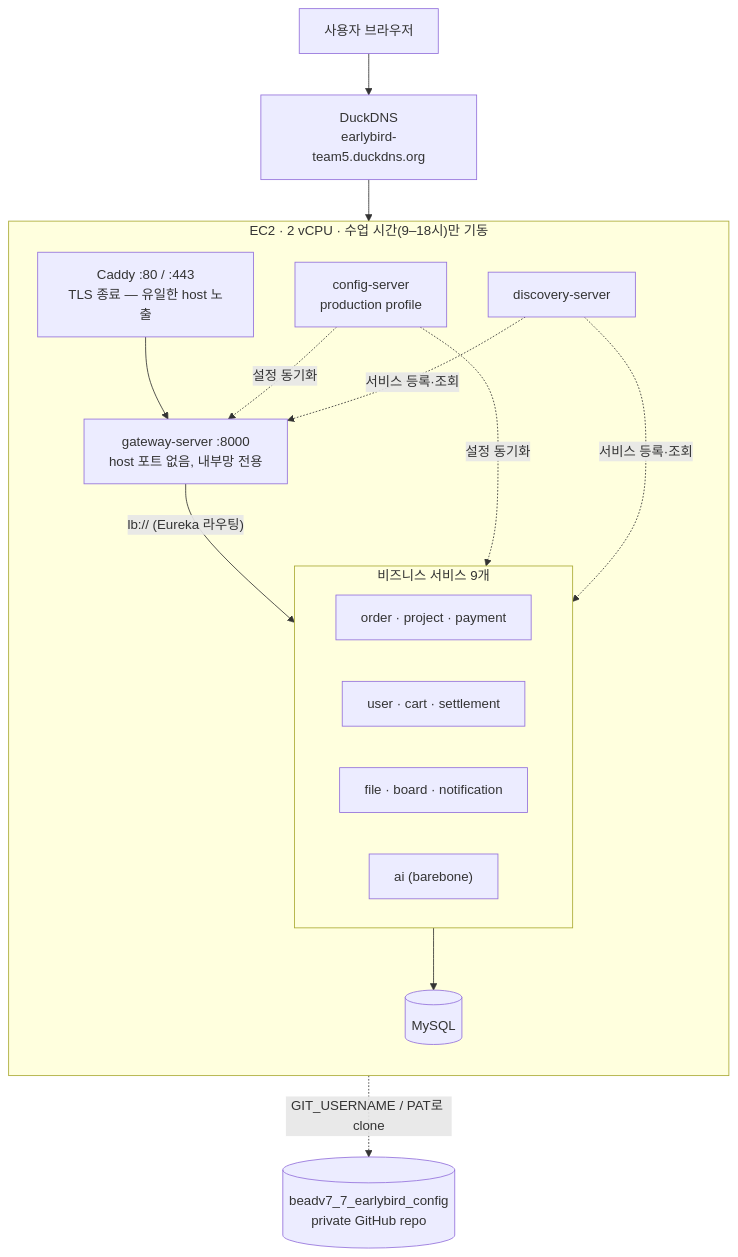
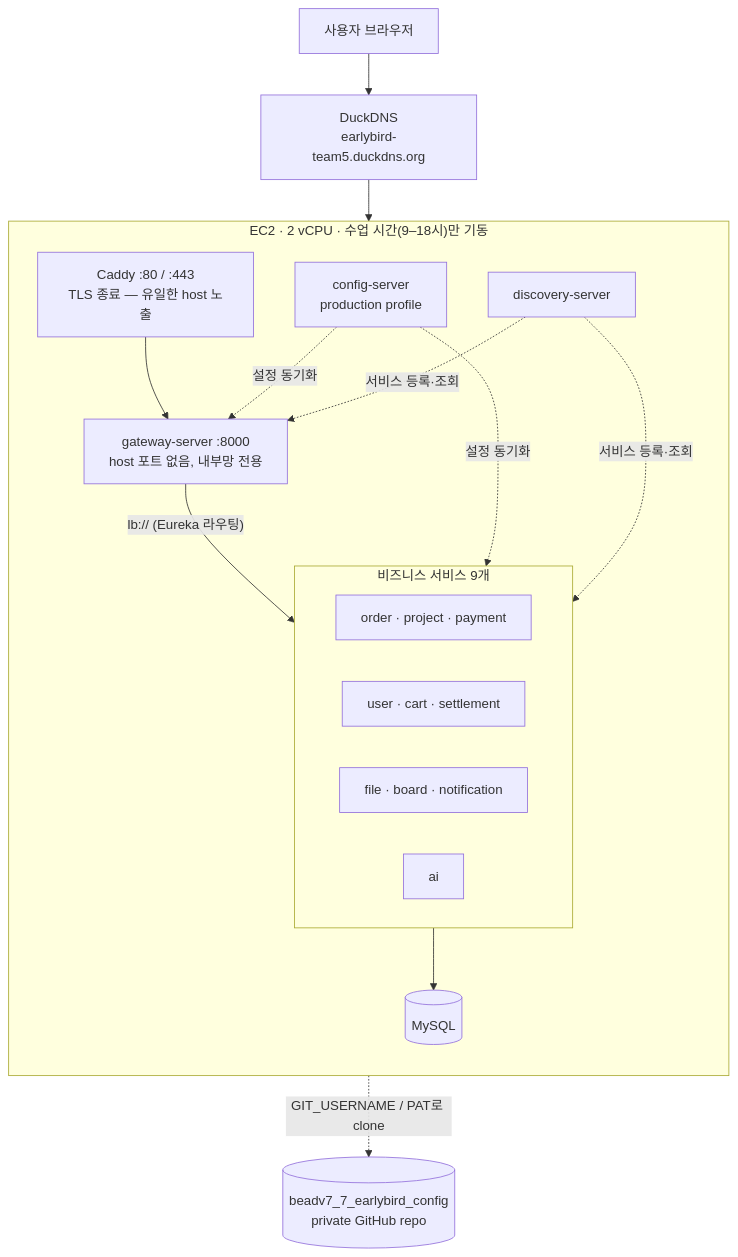
The second of 3 diagrams in docs/summary/INFRA_DIAGRAM.md (prgrms-be-adv-devcourse/beadv7_7_earlybird_BE), drawn with Mermaid before and after one commit. The commit also changed other lines of this file and 5 other files, not shown here.

````diff
--- a/docs/summary/INFRA_DIAGRAM.md
+++ b/docs/summary/INFRA_DIAGRAM.md
@@ -64,34 +64,34 @@
 ```mermaid
 flowchart TD
   USER2["사용자 브라우저"]
   DNS["DuckDNS<br/>earlybird-team5.duckdns.org"]
 
   subgraph EC2["EC2 · 2 vCPU · 수업 시간(9–18시)만 기동"]
     direction TB
     CADDY["Caddy :80 / :443<br/>TLS 종료 — 유일한 host 노출"]
     GW2["gateway-server :8000<br/>host 포트 없음, 내부망 전용"]
 
     subgraph SVC2["비즈니스 서비스 9개"]
       direction LR
       S1["order · project · payment"]
       S2["user · cart · settlement"]
       S3["file · board · notification"]
-      S4["ai (barebone)"]
+      S4["ai"]
     end
 
     CFG2["config-server<br/>production profile"]
     DISC2["discovery-server"]
     MYSQL2[("MySQL")]
   end
 
   CONFIGREPO2[("beadv7_7_earlybird_config<br/>private GitHub repo")]
 
   USER2 --> DNS --> CADDY --> GW2
   GW2 -->|"lb:// (Eureka 라우팅)"| SVC2
   CFG2 -.->|"GIT_USERNAME / PAT로 clone"| CONFIGREPO2
   CFG2 -.->|설정 동기화| GW2
   CFG2 -.->|설정 동기화| SVC2
   DISC2 -.->|서비스 등록·조회| GW2
   DISC2 -.->|서비스 등록·조회| SVC2
   SVC2 --> MYSQL2
 ```
````
